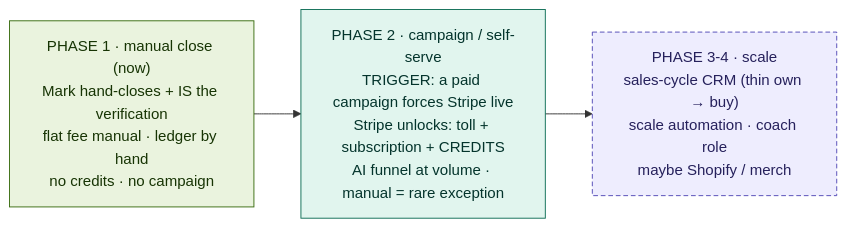
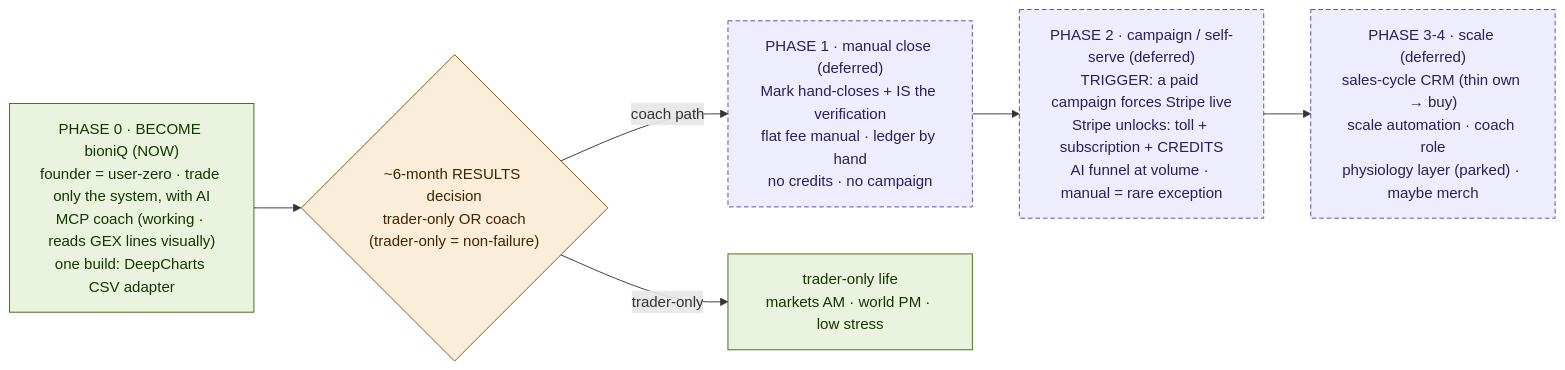
The diagram in knowledge/phase_roadmap.md (bionicbutterflyai/bionicbutterfly-goldmine), drawn with Mermaid before and after one commit. The commit also changed other lines of this file and 14 other files, not shown here.

````diff
--- a/knowledge/phase_roadmap.md
+++ b/knowledge/phase_roadmap.md
@@ -56,10 +68,16 @@
 ```mermaid
 flowchart LR
-    P1["PHASE 1 · manual close (now)<br/>Mark hand-closes + IS the verification<br/>flat fee manual · ledger by hand<br/>no credits · no campaign"]:::now
-    P2["PHASE 2 · campaign / self-serve<br/>TRIGGER: a paid campaign forces Stripe live<br/>Stripe unlocks: toll + subscription + CREDITS<br/>AI funnel at volume · manual = rare exception"]:::build
-    P3["PHASE 3-4 · scale<br/>sales-cycle CRM (thin own → buy)<br/>scale automation · coach role<br/>maybe Shopify / merch"]:::future
-    P1 --> P2 --> P3
+    P0["PHASE 0 · BECOME bioniQ (NOW)<br/>founder = user-zero · trade only the system, with AI<br/>MCP coach (working · reads GEX lines visually)<br/>one build: DeepCharts CSV adapter"]:::now
+    D6{"~6-month RESULTS decision<br/>trader-only OR coach<br/>(trader-only = non-failure)"}:::gate
+    P1["PHASE 1 · manual close (deferred)<br/>Mark hand-closes + IS the verification<br/>flat fee manual · ledger by hand<br/>no credits · no campaign"]:::future
+    P2["PHASE 2 · campaign / self-serve (deferred)<br/>TRIGGER: a paid campaign forces Stripe live<br/>Stripe unlocks: toll + subscription + CREDITS<br/>AI funnel at volume · manual = rare exception"]:::future
+    P3["PHASE 3-4 · scale (deferred)<br/>sales-cycle CRM (thin own → buy)<br/>scale automation · coach role<br/>physiology layer (parked) · maybe merch"]:::future
+    TA["trader-only life<br/>markets AM · world PM · low stress"]:::now
+    P0 --> D6
+    D6 -->|trader-only| TA
+    D6 -->|coach path| P1 --> P2 --> P3
     classDef now fill:#EAF3DE,stroke:#3B6D11,color:#173404;
+    classDef gate fill:#FAEEDA,stroke:#854F0B,color:#412402;
     classDef build fill:#E1F5EE,stroke:#0F6E56,color:#04342C;
     classDef future fill:#EEEDFE,stroke:#534AB7,color:#26215C,stroke-dasharray:5 3;
 ```
````
